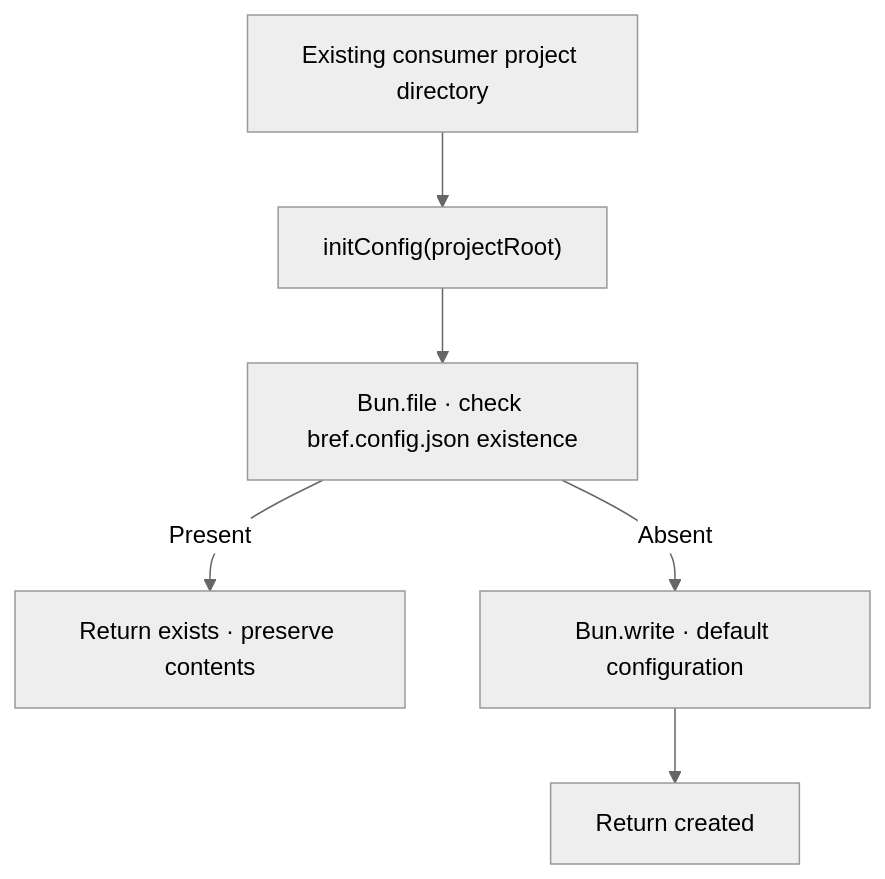
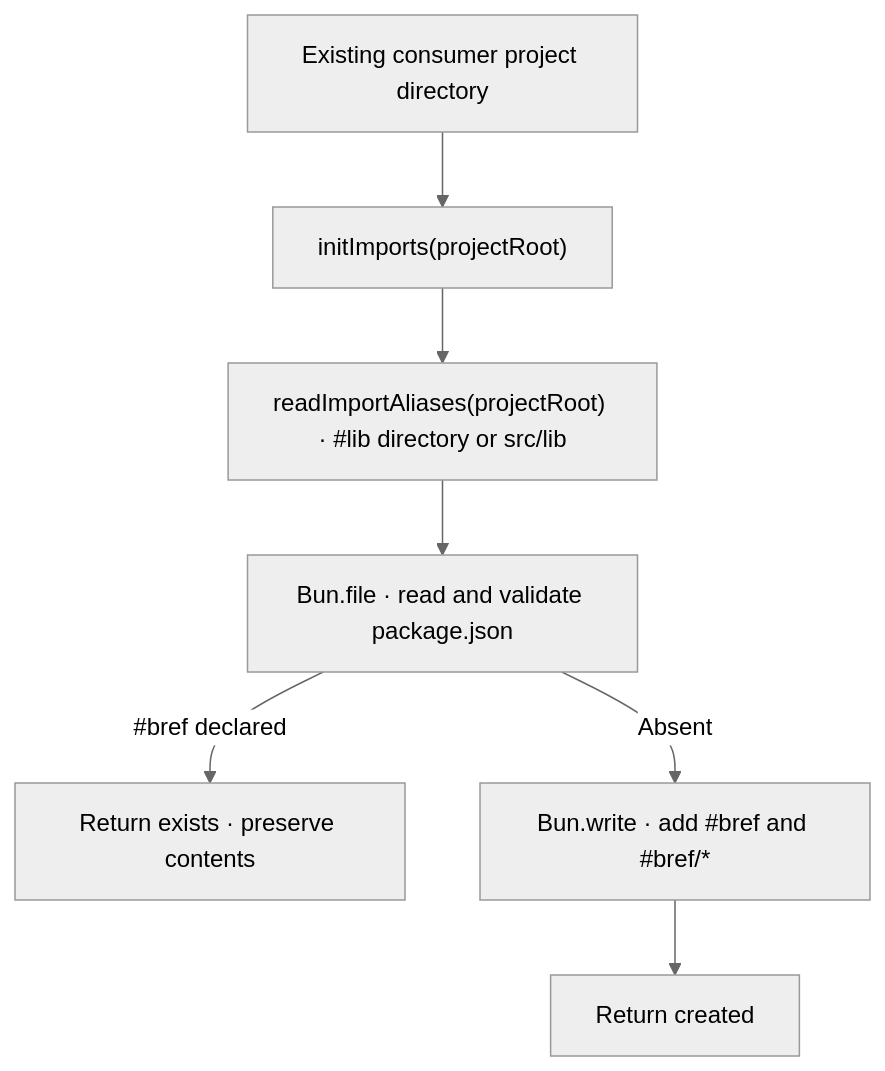
Before and after one commit to feuersteiner/bref-ui: the second of 3 diagrams in core/cli/commands/README.md, drawn with Mermaid (neutral theme). The commit also changed other lines of this file and 19 other files, not shown here.

Commit message:
feat✨: replace bref.config.json with #bref package imports

````diff
--- a/core/cli/commands/README.md
+++ b/core/cli/commands/README.md
@@ -39,8 +49,9 @@
 ```mermaid
 flowchart TD
-    project["Existing consumer project directory"] --> init["initConfig(projectRoot)"]
-    init --> existing["Bun.file · check bref.config.json existence"]
-    existing -->|Present| preserve["Return exists · preserve contents"]
-    existing -->|Absent| config["Bun.write · default configuration"]
-    config --> created["Return created"]
+    project["Existing consumer project directory"] --> init["initImports(projectRoot)"]
+    init --> lib["readImportAliases(projectRoot) · #lib directory or src/lib"]
+    lib --> manifest["Bun.file · read and validate package.json"]
+    manifest -->|#bref declared| preserve["Return exists · preserve contents"]
+    manifest -->|Absent| write["Bun.write · add #bref and #bref/*"]
+    write --> created["Return created"]
 ```
````
